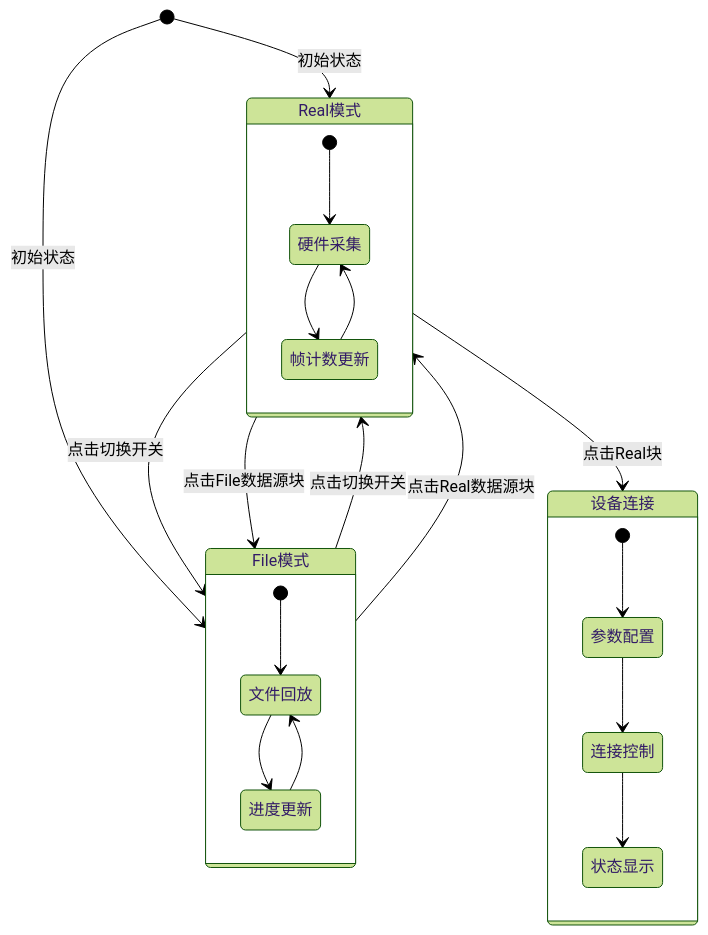
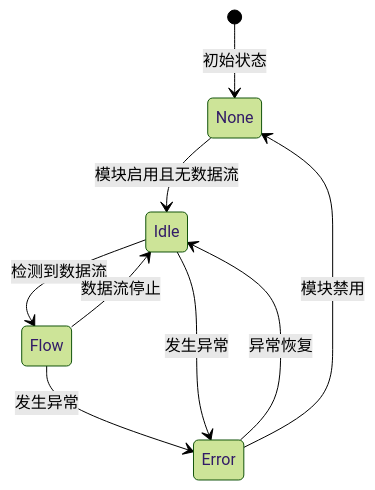
One commit to jakecai1225-design/OpenBus changed the seventh of 10 diagrams in .qoder/repowiki/zh/content/架构设计/UI系统设计/测量设置视图组件.md. Above: the diagram before and after it, drawn with Mermaid (forest theme). The commit also changed other lines of this file and 10 other files, not shown here.

````diff
--- a/.qoder/repowiki/zh/content/架构设计/UI系统设计/测量设置视图组件.md
+++ b/.qoder/repowiki/zh/content/架构设计/UI系统设计/测量设置视图组件.md
@@ -427,25 +486,11 @@
 ```mermaid
 stateDiagram-v2
-[*] --> Real模式 : 初始状态
-[*] --> File模式 : 初始状态
-Real模式 --> File模式 : 点击切换开关
-File模式 --> Real模式 : 点击切换开关
-Real模式 --> File模式 : 点击File数据源块
-File模式 --> Real模式 : 点击Real数据源块
-Real模式 --> 设备连接 : 点击Real块
-state Real模式 {
-[*] --> 硬件采集
-硬件采集 --> 帧计数更新
-帧计数更新 --> 硬件采集
-}
-state File模式 {
-[*] --> 文件回放
-文件回放 --> 进度更新
-进度更新 --> 文件回放
-}
-state 设备连接 {
-[*] --> 参数配置
-参数配置 --> 连接控制
-连接控制 --> 状态显示
-}
+[*] --> None : 初始状态
+None --> Idle : 模块启用且无数据流
+Idle --> Flow : 检测到数据流
+Flow --> Idle : 数据流停止
+Flow --> Error : 发生异常
+Idle --> Error : 发生异常
+Error --> Idle : 异常恢复
+Error --> None : 模块禁用
 ```
````
